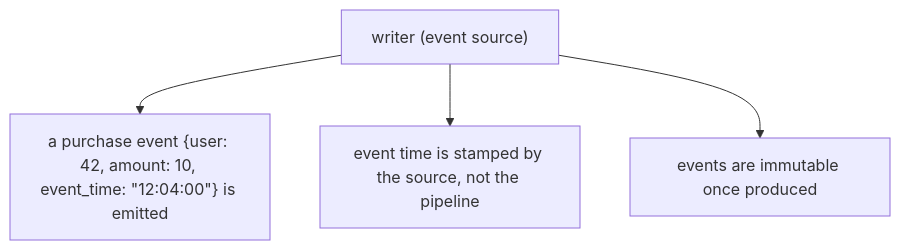
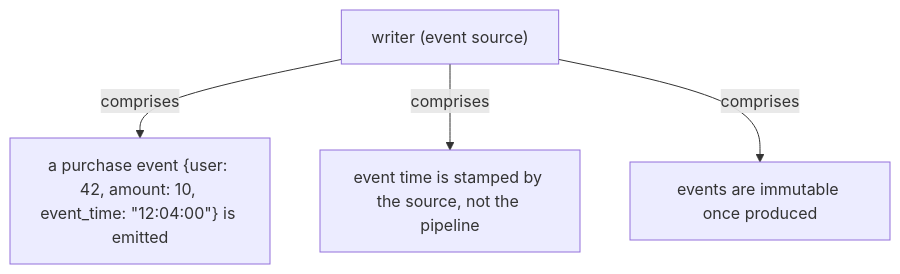
Before and after one commit to vinayakuber/streaming-systems-study-guide: the fourth of 19 diagrams in docs/ch02-the-what-where-when-and-how-of-data-processing.md, drawn with Mermaid. The commit also changed other lines of this file and 22 other files, not shown here.

First line of the commit message:
R18: label every diagram arrow with its meaning

````diff
--- a/docs/ch02-the-what-where-when-and-how-of-data-processing.md
+++ b/docs/ch02-the-what-where-when-and-how-of-data-processing.md
@@ -135,7 +135,7 @@
 ```mermaid
 flowchart TD
   R["writer (event source)"]
-  R --> P0["a purchase event {user: 42, amount: 10, event_time: #quot;12:04:00#quot;} is emitted"]
-  R --> P1["event time is stamped by the source, not the pipeline"]
-  R --> P2["events are immutable once produced"]
+  R -->|"comprises"| P0["a purchase event {user: 42, amount: 10, event_time: #quot;12:04:00#quot;} is emitted"]
+  R -->|"comprises"| P1["event time is stamped by the source, not the pipeline"]
+  R -->|"comprises"| P2["events are immutable once produced"]
 ```
````
